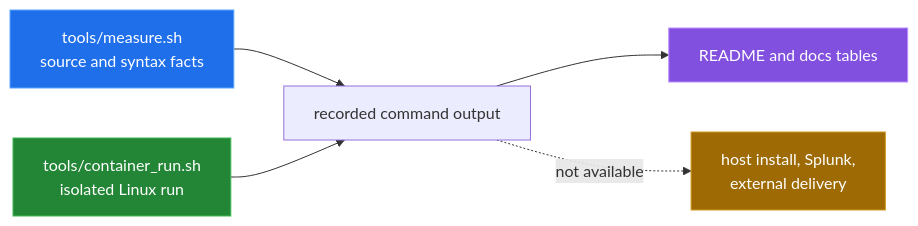
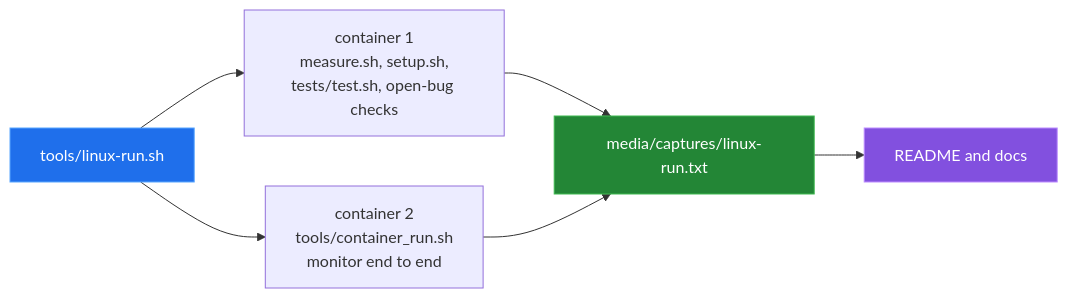
One commit to Bissbert/posix-ids changed the diagram in docs/measurement.md. Above: the diagram before and after it, drawn with Mermaid. The commit also changed other lines of this file and 10 other files, not shown here.

First line of the commit message:
Reconcile docs with fixes and re-run checks on Linux

````diff
--- a/docs/measurement.md
+++ b/docs/measurement.md
@@ -11,12 +21,12 @@
 ```mermaid
 flowchart LR
-    S["tools/measure.sh<br/>source and syntax facts"] --> R["recorded command output"]
-    C["tools/container_run.sh<br/>isolated Linux run"] --> R
-    R --> D["README and docs tables"]
-    R -. "not available" .-> E["host install, Splunk,<br/>external delivery"]
+    R["tools/linux-run.sh"] --> A["container 1<br/>measure.sh, setup.sh,<br/>tests/test.sh, open-bug checks"]
+    R --> B["container 2<br/>tools/container_run.sh<br/>monitor end to end"]
+    A --> O["media/captures/linux-run.txt"]
+    B --> O
+    O --> D["README and docs"]
 
-    style S fill:#1f6feb,stroke:#58a6ff,color:#fff
-    style C fill:#238636,stroke:#3fb950,color:#fff
+    style R fill:#1f6feb,stroke:#58a6ff,color:#fff
+    style O fill:#238636,stroke:#3fb950,color:#fff
     style D fill:#8250df,stroke:#bc8cff,color:#fff
-    style E fill:#9e6a03,stroke:#d29922,color:#fff
 ```
````
